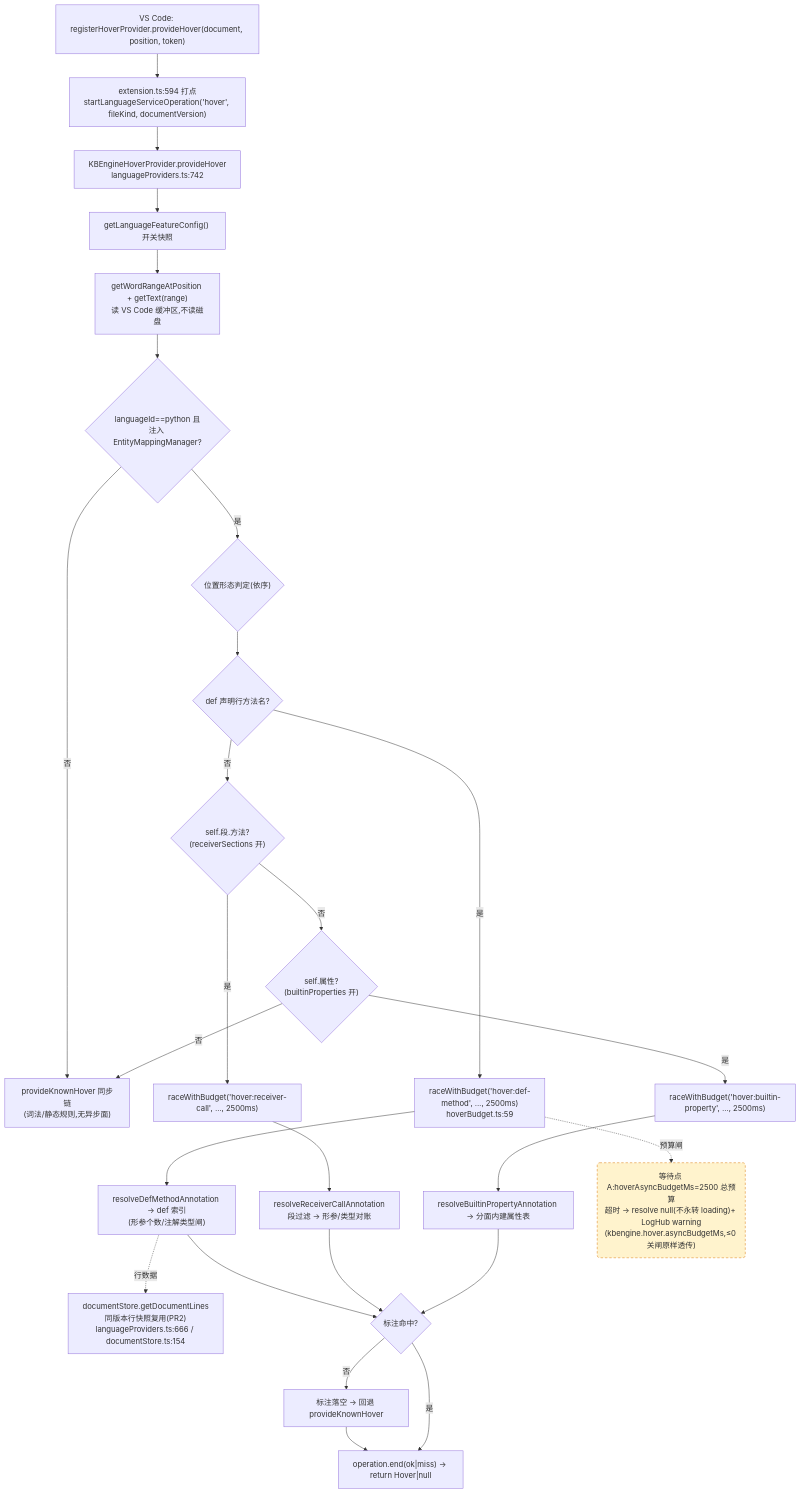
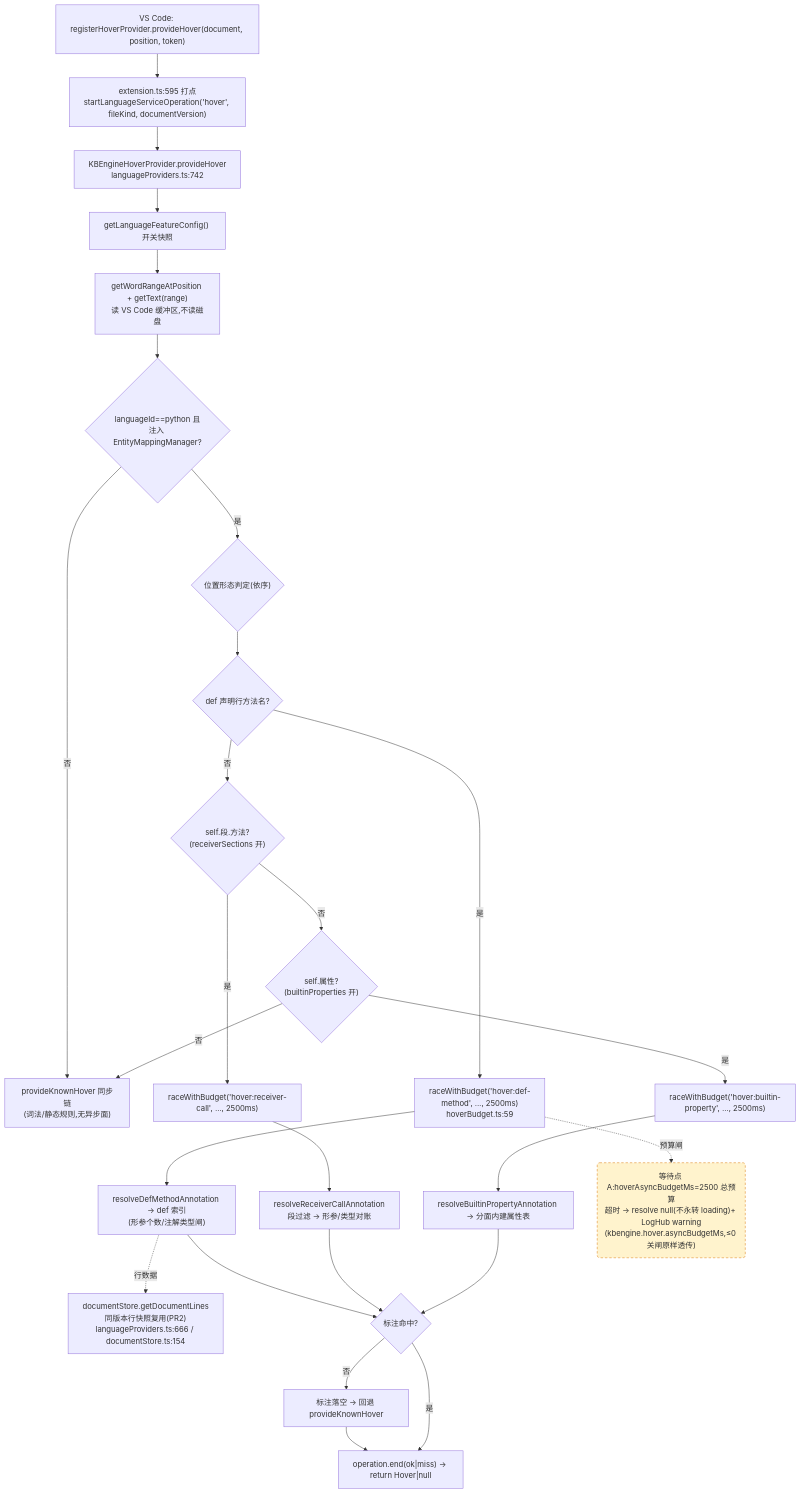
The first of 4 diagrams in docs/perf/2026-baseline.md (cuihairu/kode), drawn with Mermaid before and after one commit. The commit also changed other lines of this file and 12 other files, not shown here.

````diff
--- a/docs/perf/2026-baseline.md
+++ b/docs/perf/2026-baseline.md
@@ -82,45 +82,45 @@
 ```mermaid
 flowchart TD
   VC1["VS Code: registerHoverProvider.provideHover(document, position, token)"]
-  M1["extension.ts:594 打点<br/>startLanguageServiceOperation('hover', fileKind, documentVersion)"]
+  M1["extension.ts:595 打点<br/>startLanguageServiceOperation('hover', fileKind, documentVersion)"]
   HP["KBEngineHoverProvider.provideHover<br/>languageProviders.ts:742"]
   CFG["getLanguageFeatureConfig() 开关快照"]
   WORD["getWordRangeAtPosition + getText(range)<br/>读 VS Code 缓冲区,不读磁盘"]
   BR{"languageId==python 且<br/>注入 EntityMappingManager?"}
   KN["provideKnownHover 同步链<br/>(词法/静态规则,无异步面)"]
   POS{"位置形态判定(依序)"}
   D1{"def 声明行方法名?"}
   D2{"self.段.方法?<br/>(receiverSections 开)"}
   D3{"self.属性?<br/>(builtinProperties 开)"}
   RA1["raceWithBudget('hover:def-method', …, 2500ms)<br/>hoverBudget.ts:59"]
   RA2["raceWithBudget('hover:receiver-call', …, 2500ms)"]
   RA3["raceWithBudget('hover:builtin-property', …, 2500ms)"]
   RS1["resolveDefMethodAnnotation → def 索引<br/>(形参个数/注解类型闸)"]
   RS2["resolveReceiverCallAnnotation<br/>段过滤 → 形参/类型对账"]
   RS3["resolveBuiltinPropertyAnnotation → 分面内建属性表"]
   LINES["documentStore.getDocumentLines<br/>同版本行快照复用(PR2)<br/>languageProviders.ts:666 / documentStore.ts:154"]
   MISS["标注落空 → 回退 provideKnownHover"]
   END1["operation.end(ok|miss) → return Hover|null"]
 
   VC1 --> M1 --> HP --> CFG --> WORD --> BR
   BR -- "否" --> KN
   BR -- "是" --> POS --> D1
   D1 -- "是" --> RA1 --> RS1
   D1 -- "否" --> D2
   D2 -- "是" --> RA2 --> RS2
   D2 -- "否" --> D3
   D3 -- "是" --> RA3 --> RS3
   D3 -- "否" --> KN
   RS1 --> HIT{"标注命中?"}
   RS2 --> HIT
   RS3 --> HIT
   RS1 -.->|行数据| LINES
   HIT -- "否" --> MISS --> END1
   HIT -- "是" --> END1
 
   WAITA("等待点 A:hoverAsyncBudgetMs=2500 总预算<br/>超时 → resolve null(不永转 loading)+ LogHub warning<br/>(kbengine.hover.asyncBudgetMs,≤0 关闸原样透传)")
   RA1 -.->|预算闸| WAITA
 
   classDef waitPoint fill:#fff3cd,stroke:#d97706,stroke-dasharray:5 4;
   class WAITA waitPoint;
 ```
````
